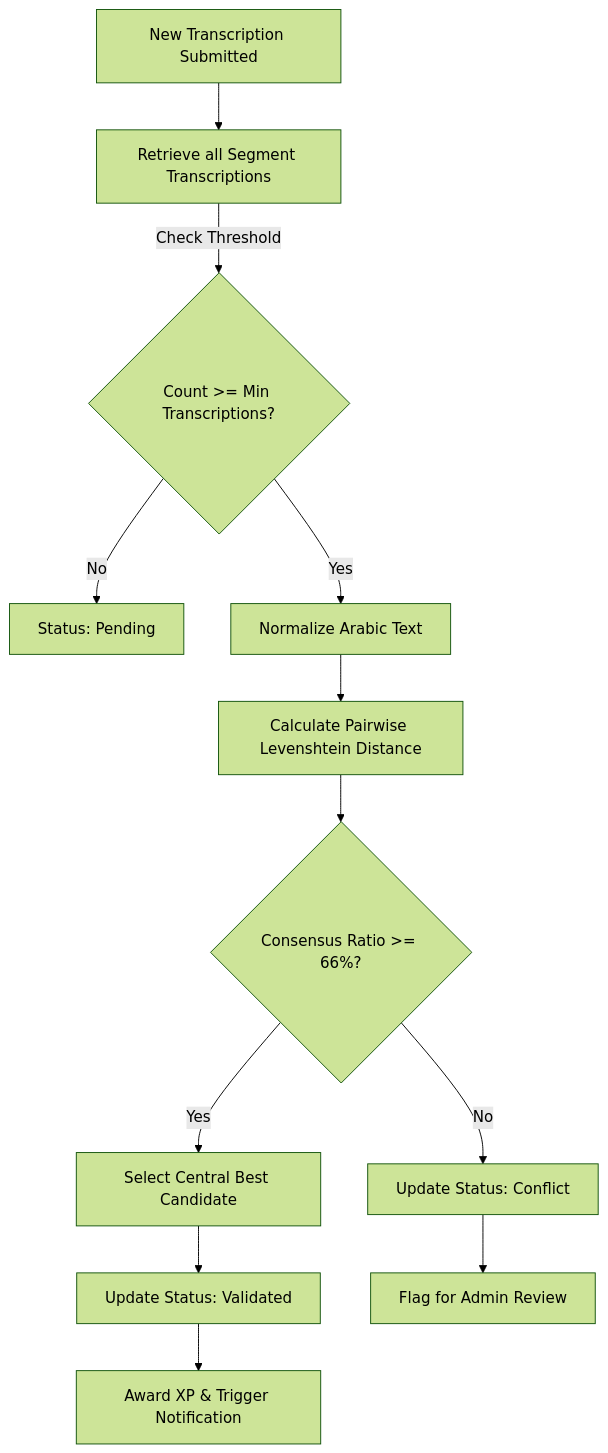
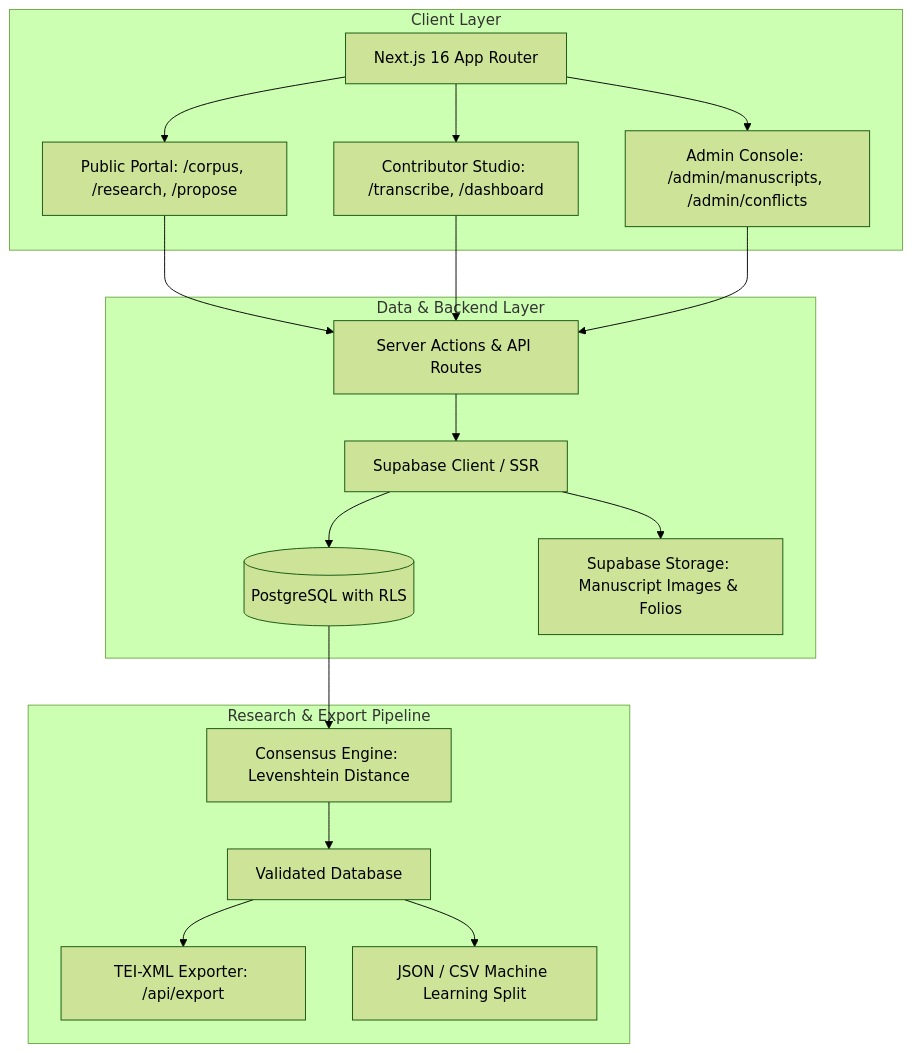
The diagram in README.md (h-yassin-ai/Khatt-GPT), drawn with Mermaid (forest theme) before and after one commit. The commit also changed other lines of this file and 2 other files, not shown here.

Commit message:
fix(types): resolve admin actions TypeScript errors and enhance README with architecture, TEI-XML export & production links

````diff
--- a/README.md
+++ b/README.md
@@ -28,14 +46,22 @@
 ```mermaid
 graph TD
-    A[New Transcription Submitted] --> B[Retrieve all Segment Transcriptions]
-    B -->|Check Threshold| C{Count >= Min Transcriptions?}
-    C -->|No| D[Status: Pending]
-    C -->|Yes| E[Normalize Arabic Text]
-    E --> F[Calculate Pairwise Levenshtein Distance]
-    F --> G{Consensus Ratio >= 66%?}
-    G -->|Yes| H[Select Central Best Candidate]
-    H --> I[Update Status: Validated]
-    I --> J[Award XP & Trigger Notification]
-    G -->|No| K[Update Status: Conflict]
-    K --> L[Flag for Admin Review]
+    subgraph Client Layer
+        A[Next.js 16 App Router] --> B1[Public Portal: /corpus, /research, /propose]
+        A --> B2[Contributor Studio: /transcribe, /dashboard]
+        A --> B3[Admin Console: /admin/manuscripts, /admin/conflicts]
+    end
+
+    subgraph Data & Backend Layer
+        B1 & B2 & B3 --> C[Server Actions & API Routes]
+        C --> D[Supabase Client / SSR]
+        D --> E[(PostgreSQL with RLS)]
+        D --> F[Supabase Storage: Manuscript Images & Folios]
+    end
+
+    subgraph Research & Export Pipeline
+        E --> G[Consensus Engine: Levenshtein Distance]
+        G --> H[Validated Database]
+        H --> I[TEI-XML Exporter: /api/export]
+        H --> J[JSON / CSV Machine Learning Split]
+    end
 ```
````
